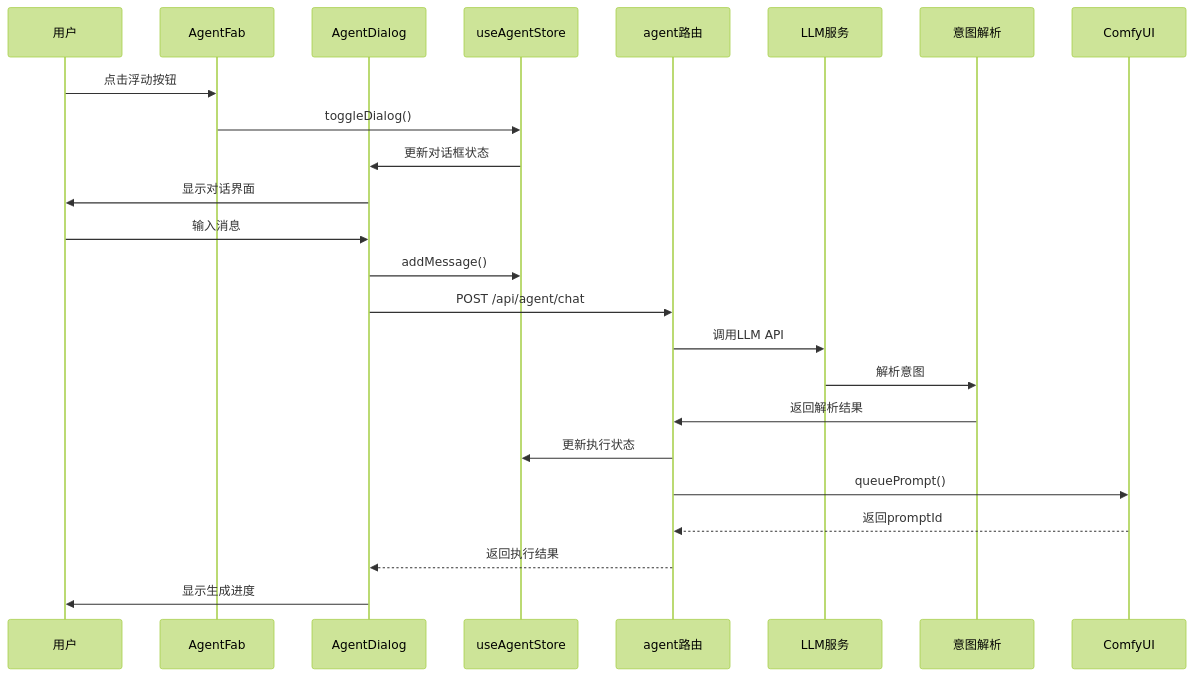
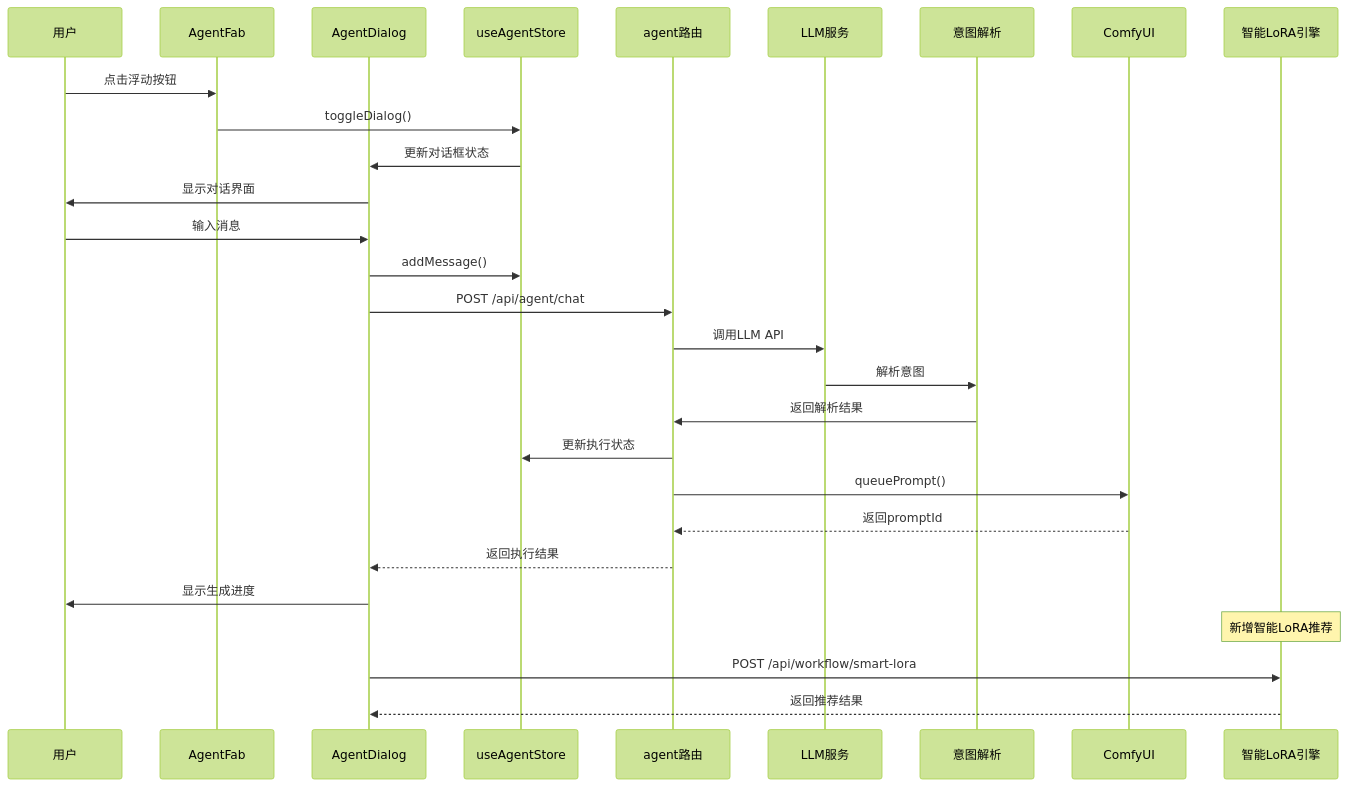
Before and after one commit to billye220670/CorineKit_Pix2Real: the second of 9 diagrams in .qoder/repowiki/zh/content/AI浮动按钮组件.md, drawn with Mermaid (forest theme). The commit also changed other lines of this file and 11 other files, not shown here.

````diff
--- a/.qoder/repowiki/zh/content/AI浮动按钮组件.md
+++ b/.qoder/repowiki/zh/content/AI浮动按钮组件.md
@@ -123,26 +157,30 @@
 ```mermaid
 sequenceDiagram
 participant User as 用户
 participant Fab as AgentFab
 participant Dialog as AgentDialog
 participant Store as useAgentStore
 participant Route as agent路由
 participant LLM as LLM服务
 participant Parser as 意图解析
 participant Comfy as ComfyUI
+participant SmartLora as 智能LoRA引擎
 User->>Fab : 点击浮动按钮
 Fab->>Store : toggleDialog()
 Store->>Dialog : 更新对话框状态
 Dialog->>User : 显示对话界面
 User->>Dialog : 输入消息
 Dialog->>Store : addMessage()
 Dialog->>Route : POST /api/agent/chat
 Route->>LLM : 调用LLM API
 LLM->>Parser : 解析意图
 Parser->>Route : 返回解析结果
 Route->>Store : 更新执行状态
 Route->>Comfy : queuePrompt()
 Comfy-->>Route : 返回promptId
 Route-->>Dialog : 返回执行结果
 Dialog->>User : 显示生成进度
+Note over SmartLora : 新增智能LoRA推荐
+Dialog->>SmartLora : POST /api/workflow/smart-lora
+SmartLora-->>Dialog : 返回推荐结果
 ```
````
